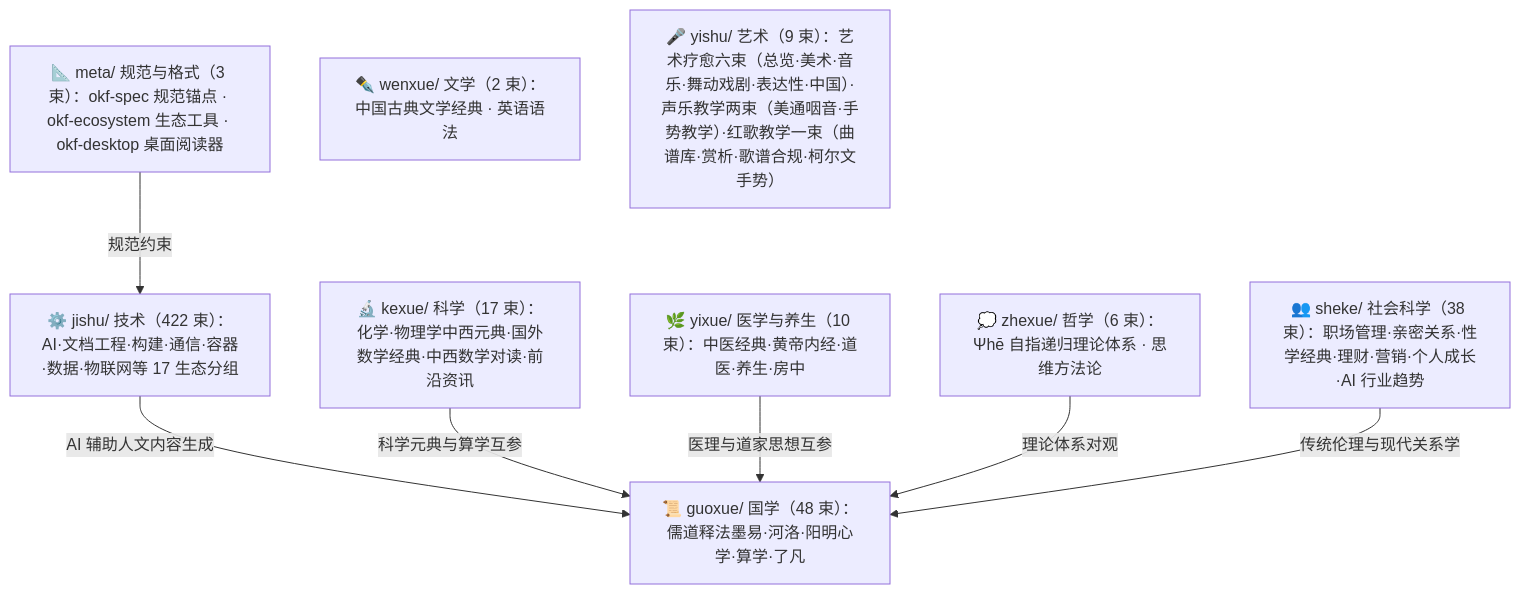
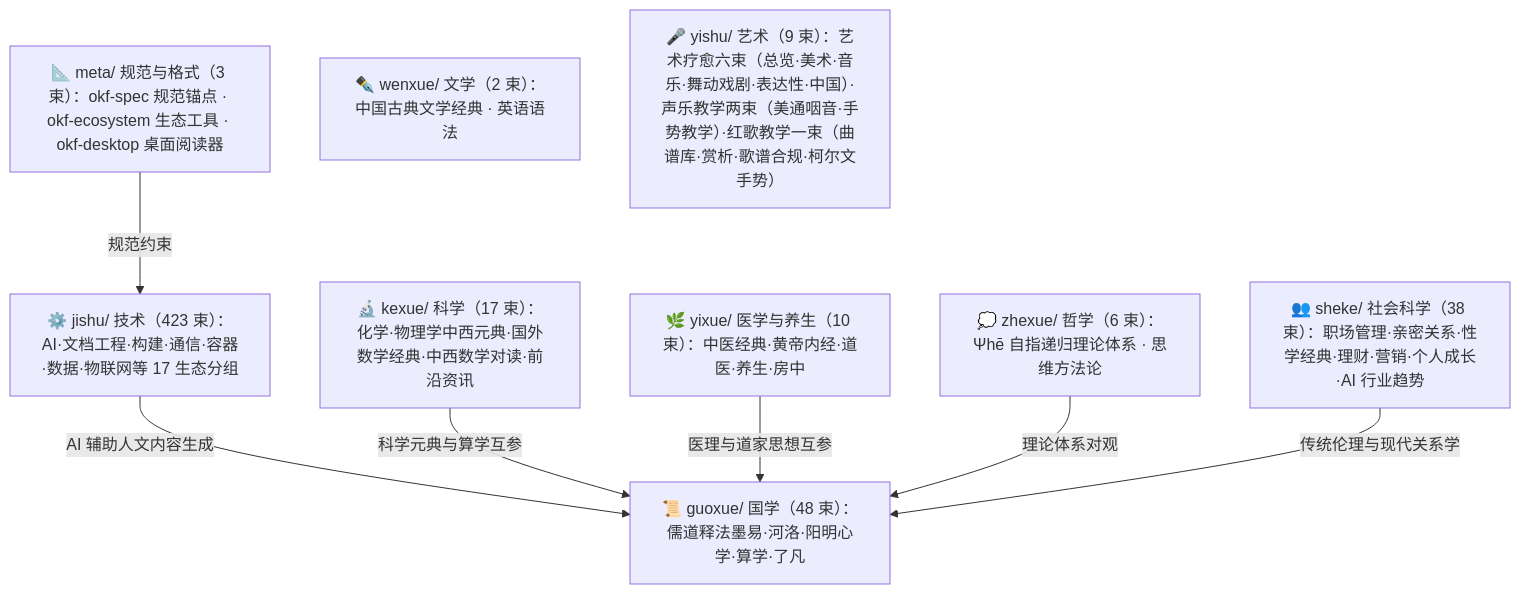
One commit to awesome-flexloop/awesome-okf changed the diagram in doc/bundles/index.md. Above: the diagram before and after it, drawn with Mermaid. The commit also changed other lines of this file and 10 other files, not shown here.

````diff
--- a/doc/bundles/index.md
+++ b/doc/bundles/index.md
@@ -21,18 +21,18 @@
 ```mermaid
 flowchart TD
     meta["📐 meta/ 规范与格式（3 束）：okf-spec 规范锚点 · okf-ecosystem 生态工具 · okf-desktop 桌面阅读器"]
     guoxue["📜 guoxue/ 国学（48 束）：儒道释法墨易·河洛·阳明心学·算学·了凡"]
     zhexue["💭 zhexue/ 哲学（6 束）：Ψhē 自指递归理论体系 · 思维方法论"]
     kexue["🔬 kexue/ 科学（17 束）：化学·物理学中西元典·国外数学经典·中西数学对读·前沿资讯"]
     wenxue["✒️ wenxue/ 文学（2 束）：中国古典文学经典 · 英语语法"]
     yixue["🌿 yixue/ 医学与养生（10 束）：中医经典·黄帝内经·道医·养生·房中"]
     sheke["👥 sheke/ 社会科学（38 束）：职场管理·亲密关系·性学经典·理财·营销·个人成长·AI 行业趋势"]
     yishu["🎤 yishu/ 艺术（9 束）：艺术疗愈六束（总览·美术·音乐·舞动戏剧·表达性·中国）·声乐教学两束（美通咽音·手势教学）·红歌教学一束（曲谱库·赏析·歌谱合规·柯尔文手势）"]
-    jishu["⚙️ jishu/ 技术（422 束）：AI·文档工程·构建·通信·容器·数据·物联网等 17 生态分组"]
+    jishu["⚙️ jishu/ 技术（423 束）：AI·文档工程·构建·通信·容器·数据·物联网等 17 生态分组"]
     meta -->|"规范约束"| jishu
     jishu -->|"AI 辅助人文内容生成"| guoxue
     kexue -->|"科学元典与算学互参"| guoxue
     yixue -->|"医理与道家思想互参"| guoxue
     zhexue -->|"理论体系对观"| guoxue
     sheke -->|"传统伦理与现代关系学"| guoxue
 ```
````
